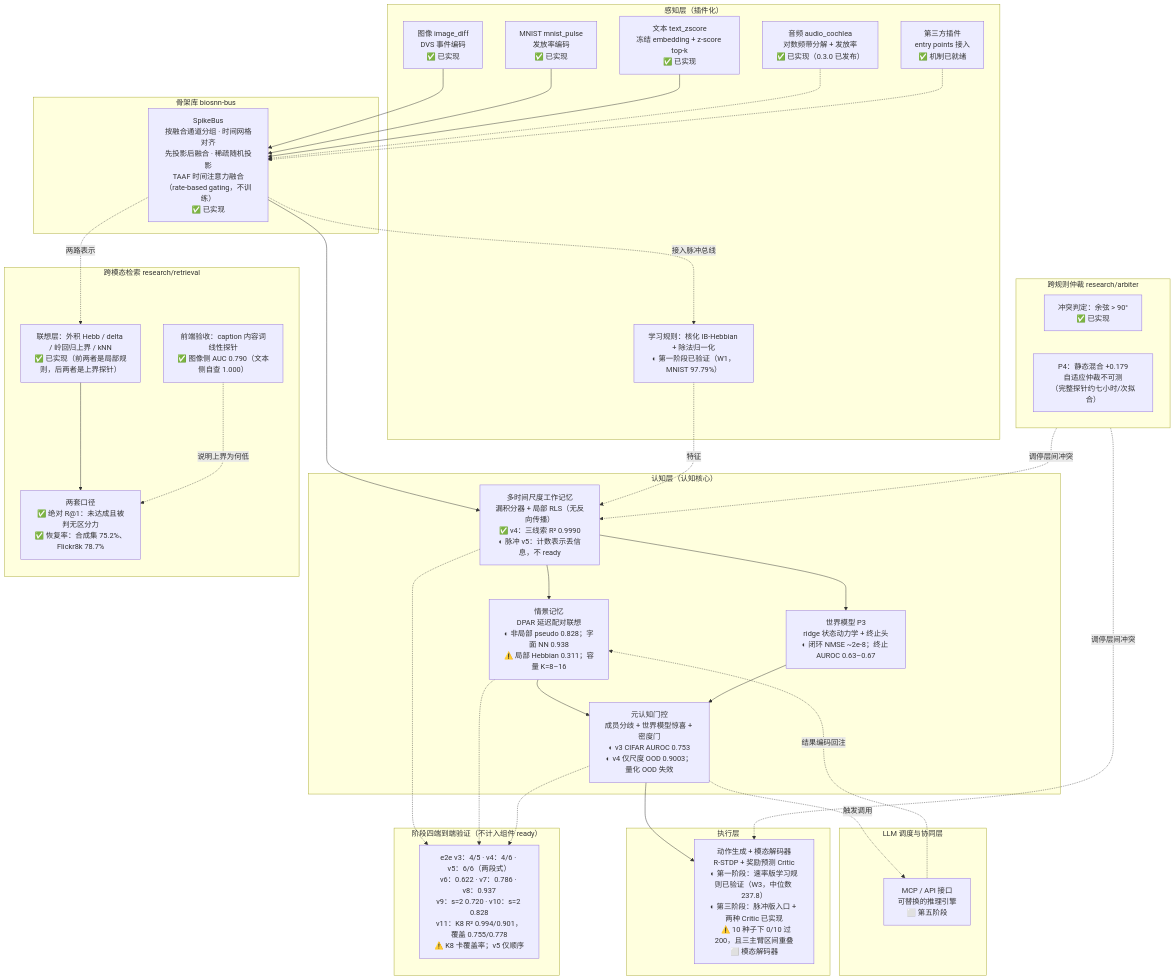
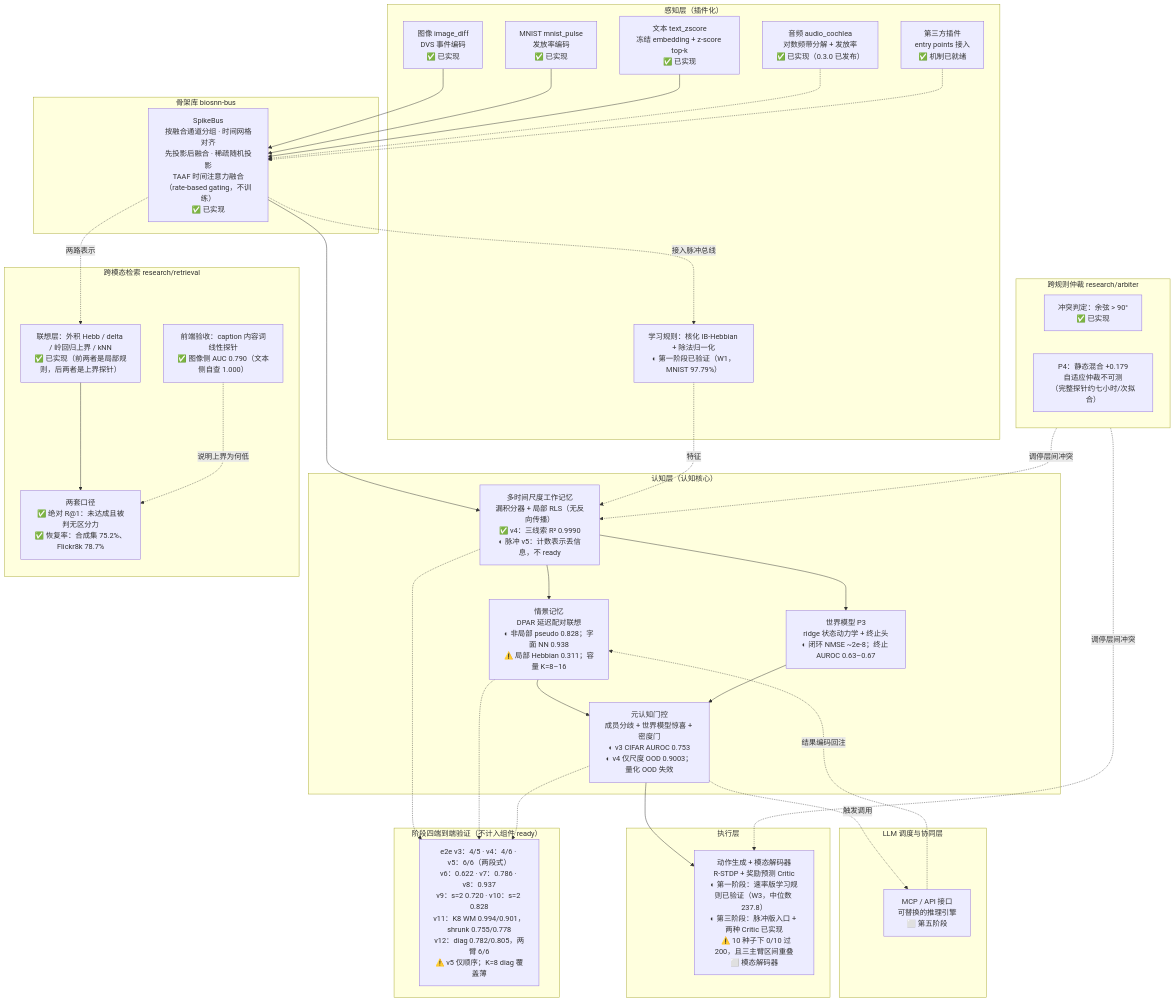
One commit to lzmd-arch/BioSNN-Plug changed the diagram in README.md. Above: the diagram before and after it, drawn with Mermaid. The commit also changed other lines of this file and 9 other files, not shown here.

````diff
--- a/README.md
+++ b/README.md
@@ -126,71 +126,71 @@
 ```mermaid
 flowchart TB
     subgraph L5["LLM 调度与协同层"]
         MCP["MCP / API 接口<br/>可替换的推理引擎<br/>⬜ 第五阶段"]
     end
 
     subgraph L4["执行层"]
         ACT["动作生成 + 模态解码器<br/>R-STDP + 奖励预测 Critic<br/>◐ 第一阶段：速率版学习规则已验证（W3，中位数 237.8）<br/>◐ 第三阶段：脉冲版入口 + 两种 Critic 已实现<br/>&nbsp;&nbsp;&nbsp;⚠️ 10 种子下 0/10 过 200，且三主臂区间重叠<br/>⬜ 模态解码器"]
     end
 
     subgraph L3["认知层（认知核心）"]
         WM["多时间尺度工作记忆<br/>漏积分器 + 局部 RLS（无反向传播）<br/>✅ v4：三线索 R² 0.9990<br/>◐ 脉冲 v5：计数表示丢信息，不 ready"]
         EM["情景记忆<br/>DPAR 延迟配对联想<br/>◐ 非局部 pseudo 0.828；字面 NN 0.938<br/>⚠️ 局部 Hebbian 0.311；容量 K=8–16"]
         MG["元认知门控<br/>成员分歧 + 世界模型惊喜 + 密度门<br/>◐ v3 CIFAR AUROC 0.753<br/>◐ v4 仅尺度 OOD 0.9003；量化 OOD 失效"]
         WMODEL["世界模型 P3<br/>ridge 状态动力学 + 终止头<br/>◐ 闭环 NMSE ~2e-8；终止 AUROC 0.63–0.67"]
     end
 
     subgraph ARB["跨规则仲裁 research/arbiter"]
         CF["冲突判定：余弦 > 90°<br/>✅ 已实现"]
         ES["P4：静态混合 +0.179<br/>自适应仲裁不可测<br/>（完整探针约七小时/次拟合）"]
     end
 
     subgraph L2["骨架库 biosnn-bus"]
         BUS["SpikeBus<br/>按融合通道分组 · 时间网格对齐<br/>先投影后融合 · 稀疏随机投影<br/>TAAF 时间注意力融合（rate-based gating，不训练）<br/>✅ 已实现"]
     end
 
     subgraph L1["感知层（插件化）"]
         IMG["图像 image_diff<br/>DVS 事件编码<br/>✅ 已实现"]
         MN["MNIST mnist_pulse<br/>发放率编码<br/>✅ 已实现"]
         TXT["文本 text_zscore<br/>冻结 embedding + z-score top-k<br/>✅ 已实现"]
         AUD["音频 audio_cochlea<br/>对数频带分解 + 发放率<br/>✅ 已实现（0.3.0 已发布）"]
         THIRD["第三方插件<br/>entry points 接入<br/>✅ 机制已就绪"]
         HEB["学习规则：核化 IB-Hebbian + 除法归一化<br/>◐ 第一阶段已验证（W1，MNIST 97.79%）"]
     end
 
     IMG --> BUS
     MN --> BUS
     TXT --> BUS
     AUD -.-> BUS
     THIRD -.-> BUS
 
     BUS --> WM
     BUS -.->|接入脉冲总线| HEB
     HEB -.->|特征| WM
     WM --> EM
     WM --> WMODEL
     EM --> MG
     WMODEL --> MG
     MG --> ACT
     MG -.->|触发调用| MCP
     MCP -.->|结果编码回注| EM
     ARB -.->|调停层间冲突| WM
     ARB -.->|调停层间冲突| ACT
 
     subgraph W4["跨模态检索 research/retrieval"]
         FAC["联想层：外积 Hebb / delta / 岭回归上界 / kNN<br/>✅ 已实现（前两者是局部规则，后两者是上界探针）"]
         CRIT["两套口径<br/>✅ 绝对 R@1：未达成且被判无区分力<br/>✅ 恢复率：合成集 75.2%、Flickr8k 78.7%"]
         FE["前端验收：caption 内容词线性探针<br/>✅ 图像侧 AUC 0.790（文本侧自查 1.000）"]
     end
 
     BUS -.->|两路表示| FAC
     FAC --> CRIT
     FE -.->|说明上界为何低| CRIT
 
     subgraph S4["阶段四端到端验证（不计入组件 ready）"]
-        E2E["e2e v3：4/5 · v4：4/6 · v5：6/6（两段式）<br/>v6：0.622 · v7：0.786 · v8：0.937<br/>v9：s=2 0.720 · v10：s=2 0.828<br/>v11：K8 R² 0.994/0.901，覆盖 0.755/0.778<br/>⚠️ K8 卡覆盖率；v5 仅顺序"]
+        E2E["e2e v3：4/5 · v4：4/6 · v5：6/6（两段式）<br/>v6：0.622 · v7：0.786 · v8：0.937<br/>v9：s=2 0.720 · v10：s=2 0.828<br/>v11：K8 WM 0.994/0.901，shrunk 0.755/0.778<br/>v12：diag 0.782/0.805，两臂 6/6<br/>⚠️ v5 仅顺序；K=8 diag 覆盖薄"]
     end
     WM -.-> E2E
     EM -.-> E2E
     MG -.-> E2E
 ```
````
